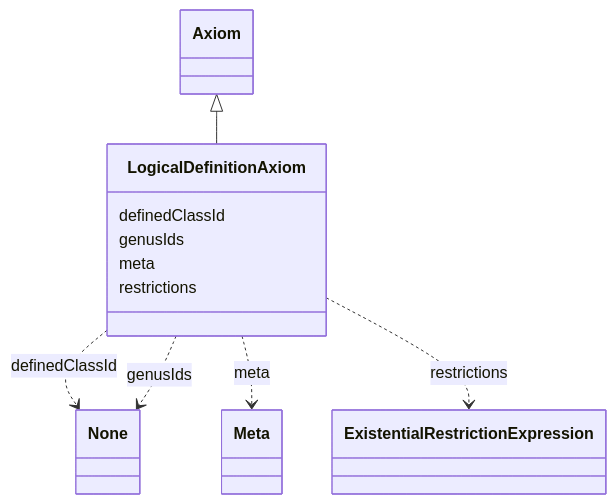
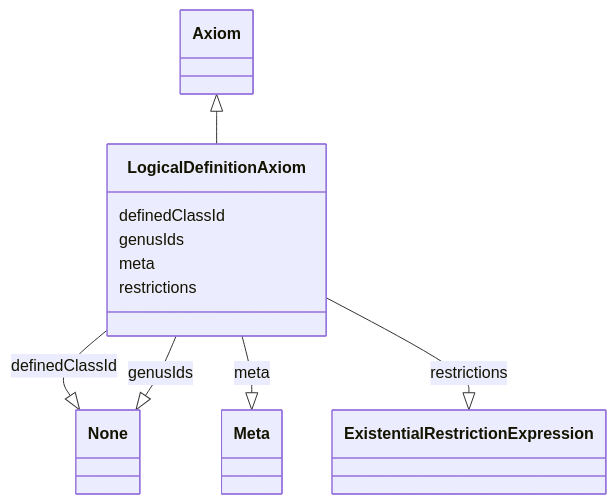
One commit to INCATools/ontology-access-kit changed the diagram in obograph/LogicalDefinitionAxiom.md. Above: the diagram before and after it, drawn with Mermaid. The commit also changed other lines of this file and 3011 other files, not shown here.

````diff
--- a/obograph/LogicalDefinitionAxiom.md
+++ b/obograph/LogicalDefinitionAxiom.md
@@ -11,23 +14,23 @@
 ```{mermaid}
  classDiagram
     class LogicalDefinitionAxiom
       Axiom <|-- LogicalDefinitionAxiom
       
       LogicalDefinitionAxiom : definedClassId
         
-          LogicalDefinitionAxiom ..> None : definedClassId
+          LogicalDefinitionAxiom --|> None : definedClassId
         
       LogicalDefinitionAxiom : genusIds
         
-          LogicalDefinitionAxiom ..> None : genusIds
+          LogicalDefinitionAxiom --|> None : genusIds
         
       LogicalDefinitionAxiom : meta
         
-          LogicalDefinitionAxiom ..> Meta : meta
+          LogicalDefinitionAxiom --|> Meta : meta
         
       LogicalDefinitionAxiom : restrictions
         
-          LogicalDefinitionAxiom ..> ExistentialRestrictionExpression : restrictions
+          LogicalDefinitionAxiom --|> ExistentialRestrictionExpression : restrictions
         
       
 ```
````
